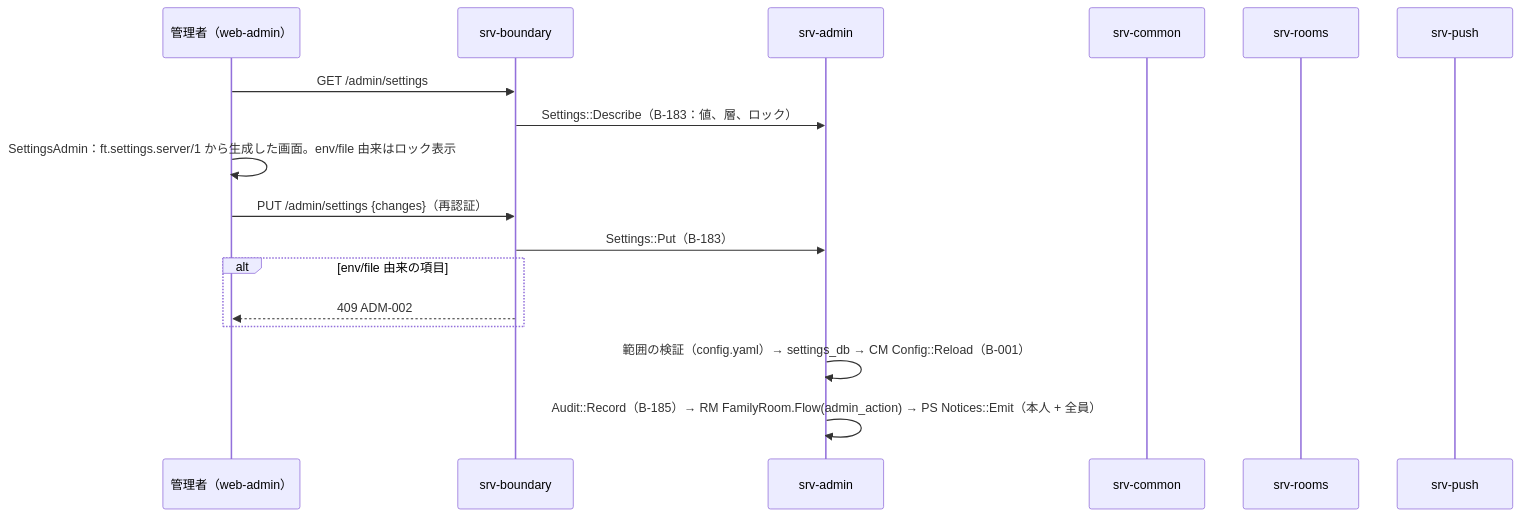
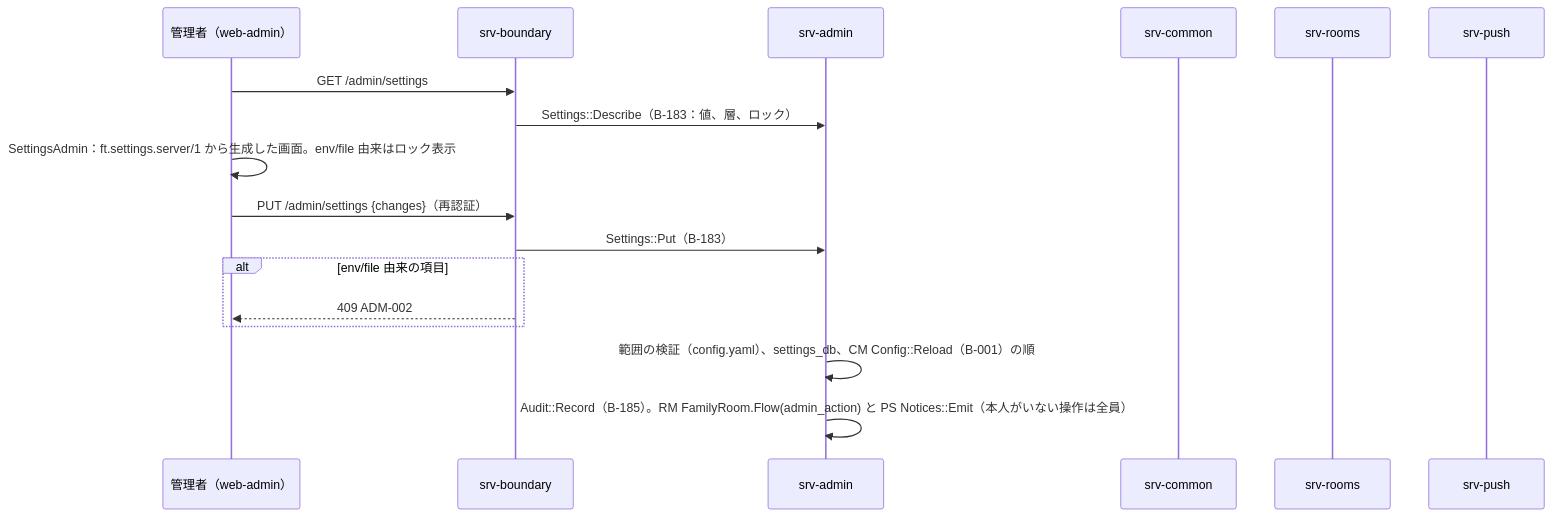
One commit to nrsd-ishikawasou/family-talk-pwa changed the first of 3 diagrams in dev/docs/jp/シーケンス/11_管理者.md. Above: the diagram before and after it, drawn with Mermaid. The commit also changed other lines of this file and 290 other files, not shown here.

````diff
--- a/dev/docs/jp/シーケンス/11_管理者.md
+++ b/dev/docs/jp/シーケンス/11_管理者.md
@@ -10,19 +17,19 @@
 ```mermaid
 sequenceDiagram
   participant A as 管理者（web-admin）
   participant BD as srv-boundary
   participant AD as srv-admin
   participant CM as srv-common
   participant RM as srv-rooms
   participant PS as srv-push
   A->>BD: GET /admin/settings
   BD->>AD: Settings::Describe（B-183：値、層、ロック）
   A->>A: SettingsAdmin：ft.settings.server/1 から生成した画面。env/file 由来はロック表示
   A->>BD: PUT /admin/settings {changes}（再認証）
   BD->>AD: Settings::Put（B-183）
   alt env/file 由来の項目
     BD-->>A: 409 ADM-002
   end
-  AD->>AD: 範囲の検証（config.yaml）→ settings_db → CM Config::Reload（B-001）
-  AD->>AD: Audit::Record（B-185）→ RM FamilyRoom.Flow(admin_action) → PS Notices::Emit（本人 + 全員）
+  AD->>AD: 範囲の検証（config.yaml）、settings_db、CM Config::Reload（B-001）の順
+  AD->>AD: Audit::Record（B-185）。RM FamilyRoom.Flow(admin_action) と PS Notices::Emit（本人がいない操作は全員）
 ```
````
